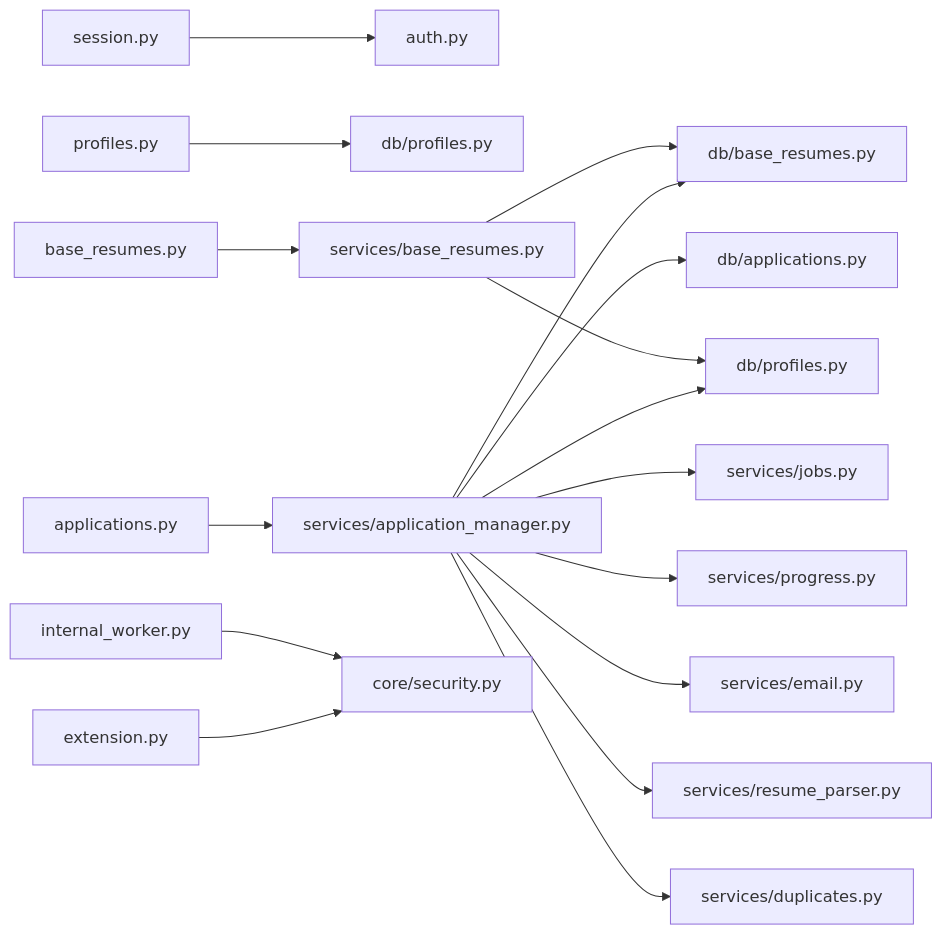
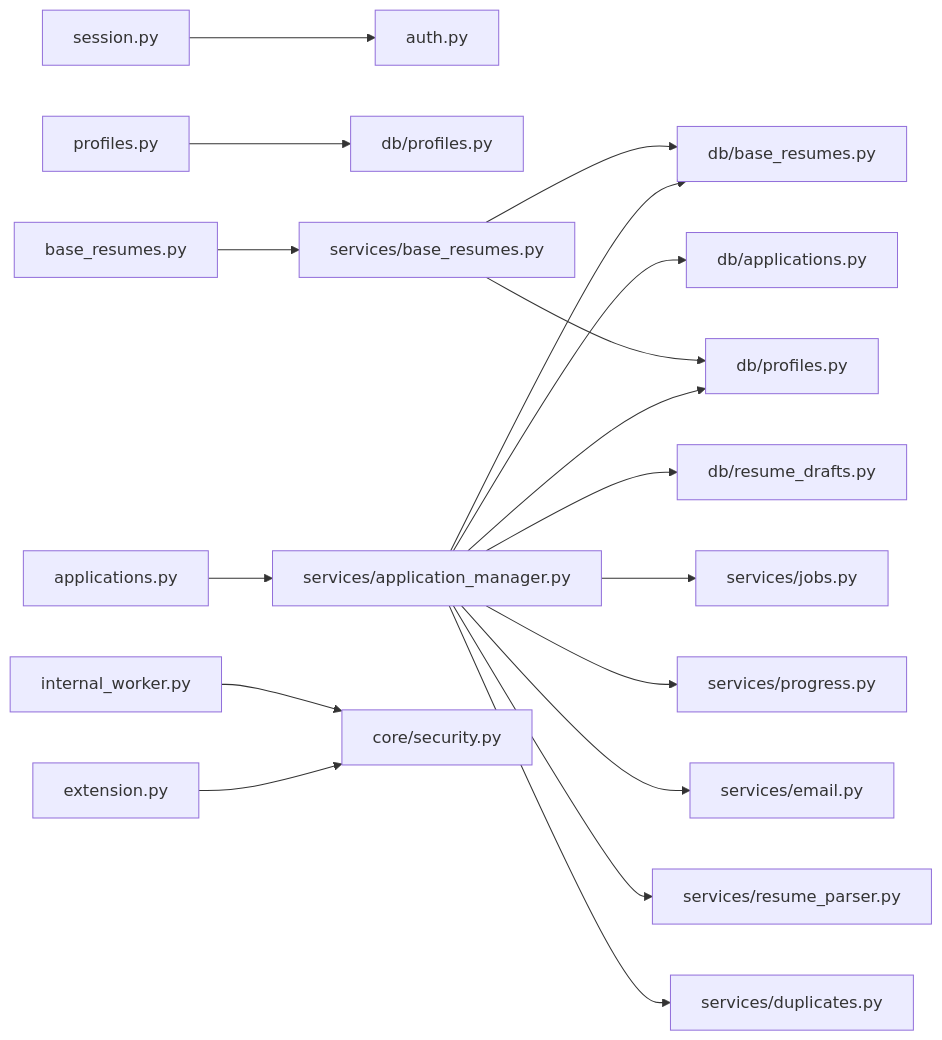
Before and after one commit to sankaL/resume-app: diagram 13 of 14 in .qoder/repowiki/en/content/Backend API/Backend API.md, drawn with Mermaid. The commit also changed other lines of this file and 19 other files, not shown here.

````diff
--- a/.qoder/repowiki/en/content/Backend API/Backend API.md
+++ b/.qoder/repowiki/en/content/Backend API/Backend API.md
@@ -410,19 +607,20 @@
 ```mermaid
 graph LR
 Session["session.py"] --> Auth["auth.py"]
 Profiles["profiles.py"] --> DBProfiles["db/profiles.py"]
 Applications["applications.py"] --> AppSvc["services/application_manager.py"]
 BaseResumes["base_resumes.py"] --> BRSvc["services/base_resumes.py"]
 Extension["extension.py"] --> Sec["core/security.py"]
 Internal["internal_worker.py"] --> Sec
 AppSvc --> DBApps["db/applications.py"]
 AppSvc --> DBBR["db/base_resumes.py"]
 AppSvc --> DBPro["db/profiles.py"]
+AppSvc --> DBDraft["db/resume_drafts.py"]
 AppSvc --> Jobs["services/jobs.py"]
 AppSvc --> Progress["services/progress.py"]
 AppSvc --> Email["services/email.py"]
 AppSvc --> Parser["services/resume_parser.py"]
 AppSvc --> Dup["services/duplicates.py"]
 BRSvc --> DBBR
 BRSvc --> DBPro
 ```
````
